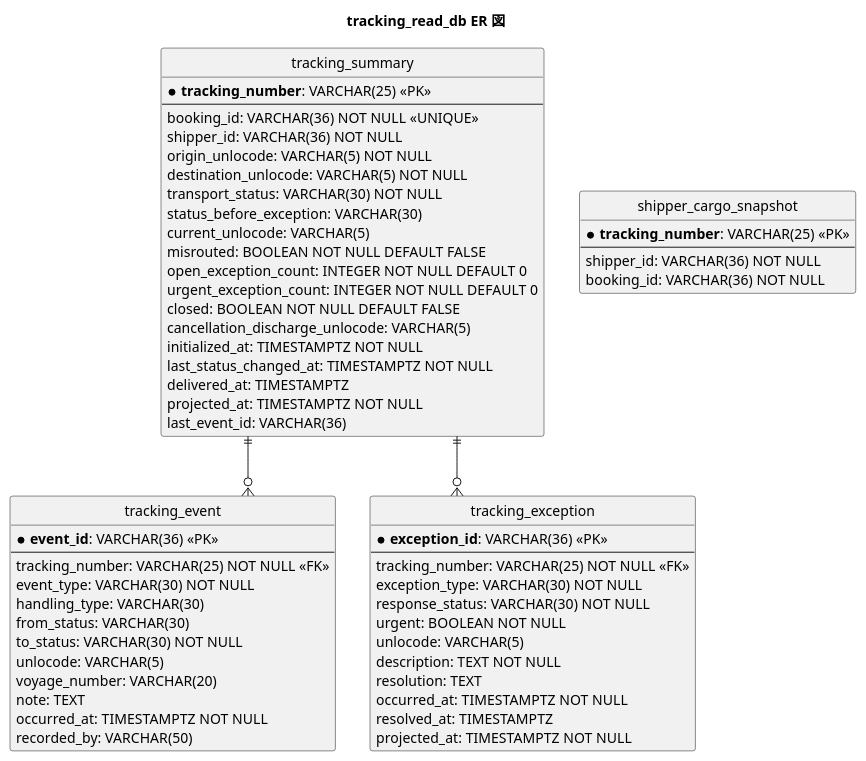
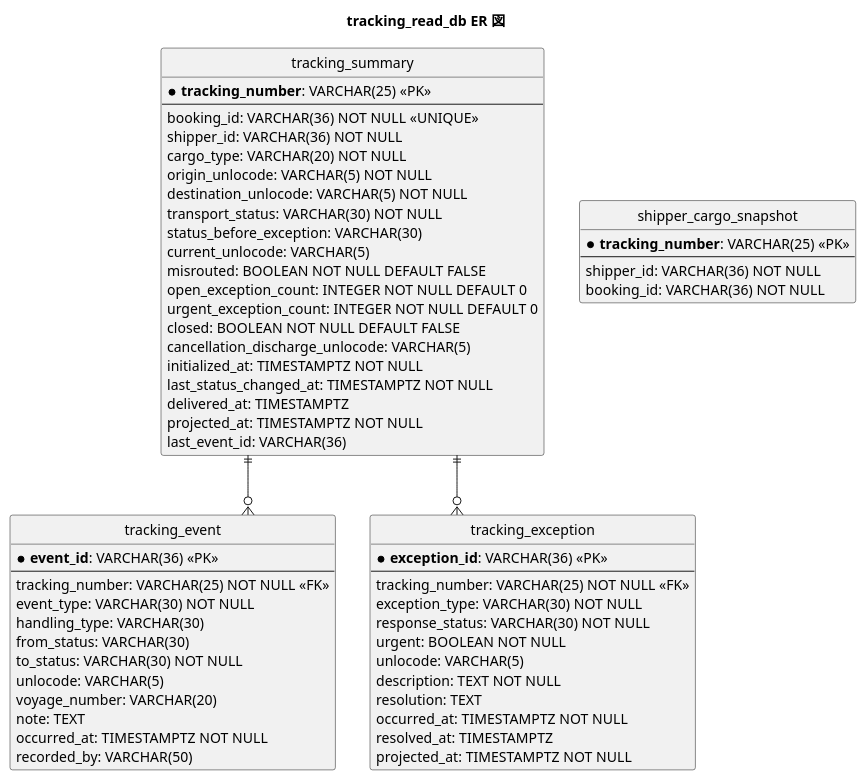
The sixth of 10 diagrams in docs/design/cargo-tracker/data-model.md (k2works/case-study-cargo-tracker), drawn with PlantUML before and after one commit. The commit also changed other lines of this file and 10 other files, not shown here.

````diff
--- a/docs/design/cargo-tracker/data-model.md
+++ b/docs/design/cargo-tracker/data-model.md
@@ -494,70 +494,71 @@
 ```plantuml
 @startuml
 title tracking_read_db ER 図
 
 hide circle
 skinparam linetype ortho
 
 entity "tracking_summary" as ts {
   * **tracking_number**: VARCHAR(25) <<PK>>
   --
   booking_id: VARCHAR(36) NOT NULL <<UNIQUE>>
   shipper_id: VARCHAR(36) NOT NULL
+  cargo_type: VARCHAR(20) NOT NULL
   origin_unlocode: VARCHAR(5) NOT NULL
   destination_unlocode: VARCHAR(5) NOT NULL
   transport_status: VARCHAR(30) NOT NULL
   status_before_exception: VARCHAR(30)
   current_unlocode: VARCHAR(5)
   misrouted: BOOLEAN NOT NULL DEFAULT FALSE
   open_exception_count: INTEGER NOT NULL DEFAULT 0
   urgent_exception_count: INTEGER NOT NULL DEFAULT 0
   closed: BOOLEAN NOT NULL DEFAULT FALSE
   cancellation_discharge_unlocode: VARCHAR(5)
   initialized_at: TIMESTAMPTZ NOT NULL
   last_status_changed_at: TIMESTAMPTZ NOT NULL
   delivered_at: TIMESTAMPTZ
   projected_at: TIMESTAMPTZ NOT NULL
   last_event_id: VARCHAR(36)
 }
 
 entity "tracking_event" as te {
   * **event_id**: VARCHAR(36) <<PK>>
   --
   tracking_number: VARCHAR(25) NOT NULL <<FK>>
   event_type: VARCHAR(30) NOT NULL
   handling_type: VARCHAR(30)
   from_status: VARCHAR(30)
   to_status: VARCHAR(30) NOT NULL
   unlocode: VARCHAR(5)
   voyage_number: VARCHAR(20)
   note: TEXT
   occurred_at: TIMESTAMPTZ NOT NULL
   recorded_by: VARCHAR(50)
 }
 
 entity "tracking_exception" as tx {
   * **exception_id**: VARCHAR(36) <<PK>>
   --
   tracking_number: VARCHAR(25) NOT NULL <<FK>>
   exception_type: VARCHAR(30) NOT NULL
   response_status: VARCHAR(30) NOT NULL
   urgent: BOOLEAN NOT NULL
   unlocode: VARCHAR(5)
   description: TEXT NOT NULL
   resolution: TEXT
   occurred_at: TIMESTAMPTZ NOT NULL
   resolved_at: TIMESTAMPTZ
   projected_at: TIMESTAMPTZ NOT NULL
 }
 
 entity "shipper_cargo_snapshot" as scs {
   * **tracking_number**: VARCHAR(25) <<PK>>
   --
   shipper_id: VARCHAR(36) NOT NULL
   booking_id: VARCHAR(36) NOT NULL
 }
 
 ts ||--o{ te
 ts ||--o{ tx
 @enduml
 ```
````
